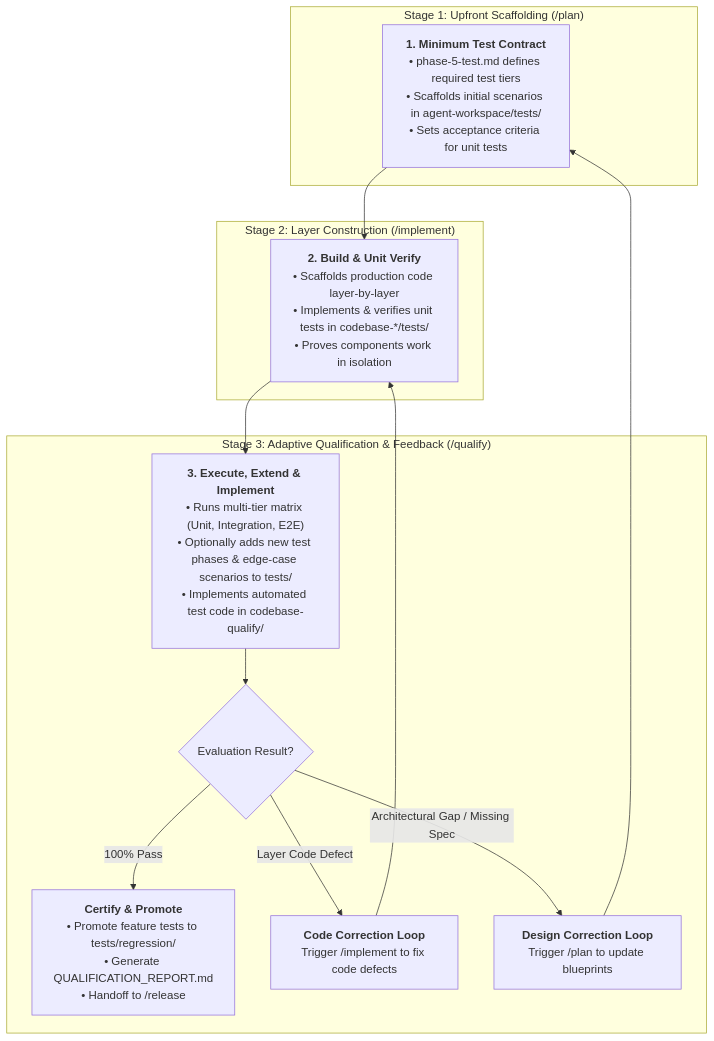
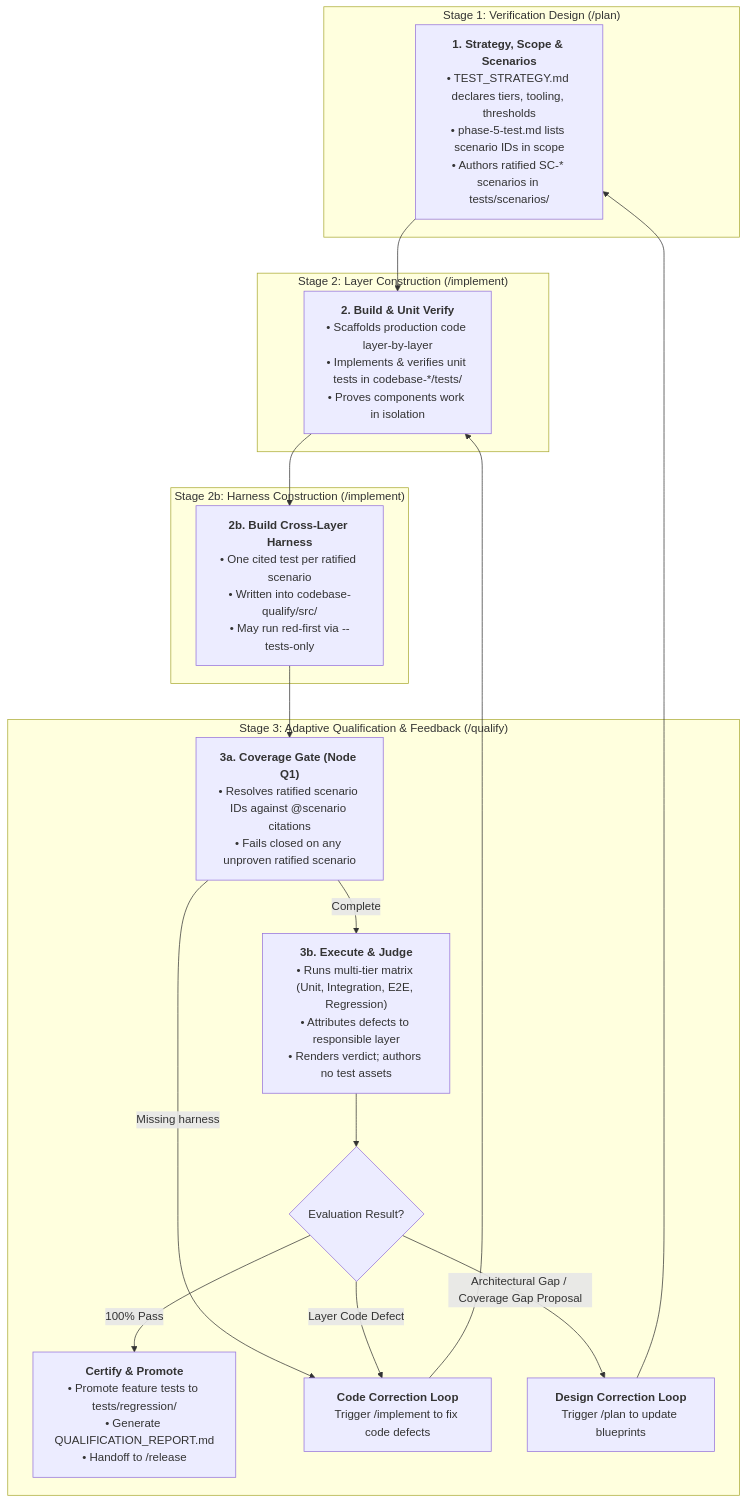
Before and after one commit to hrvthgergo/agent-driven-templates: the second of 3 diagrams in actions/qualify/qualify_action.md, drawn with Mermaid. The commit also changed other lines of this file and 16 other files, not shown here.

First line of the commit message:
refactor(qualify): reduce /qualify to execution and verdict; add identity layer

````diff
--- a/actions/qualify/qualify_action.md
+++ b/actions/qualify/qualify_action.md
@@ -100,29 +105,37 @@
 ```mermaid
 graph TD
-    subgraph S1["Stage 1: Upfront Scaffolding (/plan)"]
-        PlanScope["<b>1. Minimum Test Contract</b><br/>• phase-5-test.md defines required test tiers<br/>• Scaffolds initial scenarios in agent-workspace/tests/<br/>• Sets acceptance criteria for unit tests"]
+    subgraph S1["Stage 1: Verification Design (/plan)"]
+        PlanScope["<b>1. Strategy, Scope & Scenarios</b><br/>• TEST_STRATEGY.md declares tiers, tooling, thresholds<br/>• phase-5-test.md lists scenario IDs in scope<br/>• Authors ratified SC-* scenarios in tests/scenarios/"]
     end
 
     subgraph S2["Stage 2: Layer Construction (/implement)"]
         ImpCode["<b>2. Build & Unit Verify</b><br/>• Scaffolds production code layer-by-layer<br/>• Implements & verifies unit tests in codebase-*/tests/<br/>• Proves components work in isolation"]
     end
 
     subgraph S3["Stage 3: Adaptive Qualification & Feedback (/qualify)"]
-        QExec["<b>3. Execute, Extend & Implement</b><br/>• Runs multi-tier matrix (Unit, Integration, E2E)<br/>• Optionally adds new test phases & edge-case scenarios to tests/<br/>• Implements automated test code in codebase-qualify/"]
+        QGate["<b>3a. Coverage Gate (Node Q1)</b><br/>• Resolves ratified scenario IDs against @scenario citations<br/>• Fails closed on any unproven ratified scenario"]
+        QExec["<b>3b. Execute & Judge</b><br/>• Runs multi-tier matrix (Unit, Integration, E2E, Regression)<br/>• Attributes defects to responsible layer<br/>• Renders verdict; authors no test assets"]
         
         QEval{Evaluation Result?}
         
         QPass["<b>Certify & Promote</b><br/>• Promote feature tests to tests/regression/<br/>• Generate QUALIFICATION_REPORT.md<br/>• Handoff to /release"]
         
         QCodeFix["<b>Code Correction Loop</b><br/>Trigger /implement to fix code defects"]
         QDesignFix["<b>Design Correction Loop</b><br/>Trigger /plan to update blueprints"]
     end
 
+    subgraph S2b["Stage 2b: Harness Construction (/implement)"]
+        ImpHarness["<b>2b. Build Cross-Layer Harness</b><br/>• One cited test per ratified scenario<br/>• Written into codebase-qualify/src/<br/>• May run red-first via --tests-only"]
+    end
+
     PlanScope --> ImpCode
-    ImpCode --> QExec
+    ImpCode --> ImpHarness
+    ImpHarness --> QGate
+    QGate -->|Missing harness| QCodeFix
+    QGate -->|Complete| QExec
     QExec --> QEval
     
     QEval -->|100% Pass| QPass
     QEval -->|Layer Code Defect| QCodeFix --> ImpCode
-    QEval -->|Architectural Gap / Missing Spec| QDesignFix --> PlanScope
+    QEval -->|Architectural Gap / Coverage Gap Proposal| QDesignFix --> PlanScope
 ```
````
